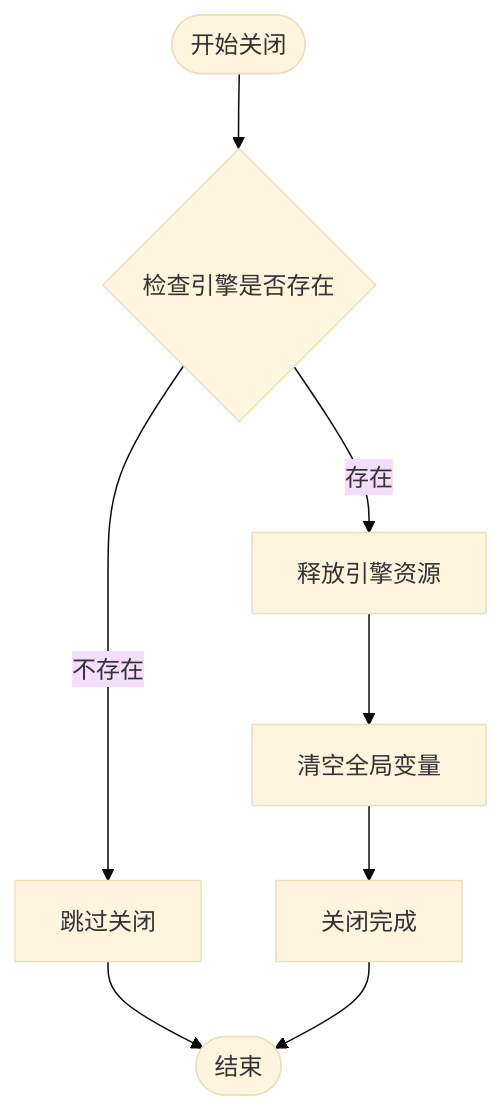
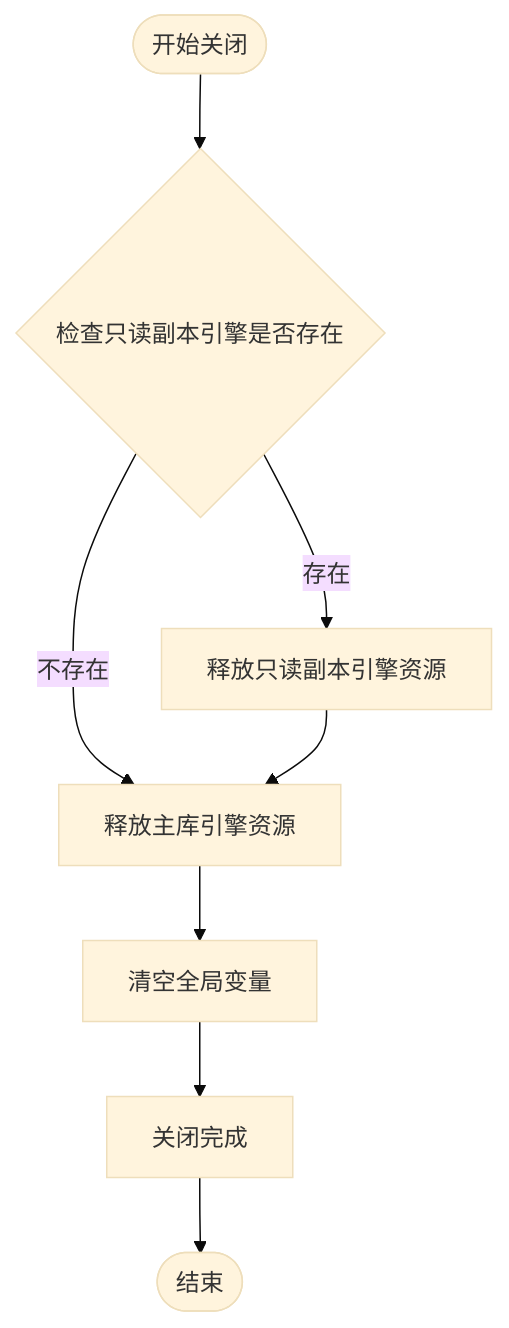
Before and after one commit to lilinzezzzzzz/fastapi-backend: the fourth of 12 diagrams in .qoder/repowiki/zh/content/数据库集成/连接池管理.md, drawn with Mermaid (base theme). The commit also changed other lines of this file and 42 other files, not shown here.

````diff
--- a/.qoder/repowiki/zh/content/数据库集成/连接池管理.md
+++ b/.qoder/repowiki/zh/content/数据库集成/连接池管理.md
@@ -168,10 +190,10 @@
 ```mermaid
 flowchart TD
-CloseStart([开始关闭]) --> CheckEngine{检查引擎是否存在}
-CheckEngine --> |不存在| Skip[跳过关闭]
-CheckEngine --> |存在| DisposeEngine[释放引擎资源]
-DisposeEngine --> ClearGlobals[清空全局变量]
+CloseStart([开始关闭]) --> CheckReadEngine{检查只读副本引擎是否存在}
+CheckReadEngine --> |不存在| DisposeMainEngine[释放主库引擎资源]
+CheckReadEngine --> |存在| DisposeReadEngine[释放只读副本引擎资源]
+DisposeReadEngine --> DisposeMainEngine
+DisposeMainEngine --> ClearGlobals[清空全局变量]
 ClearGlobals --> CloseComplete[关闭完成]
-Skip --> CloseEnd([结束])
-CloseComplete --> CloseEnd
+CloseComplete --> CloseEnd([结束])
 ```
````
